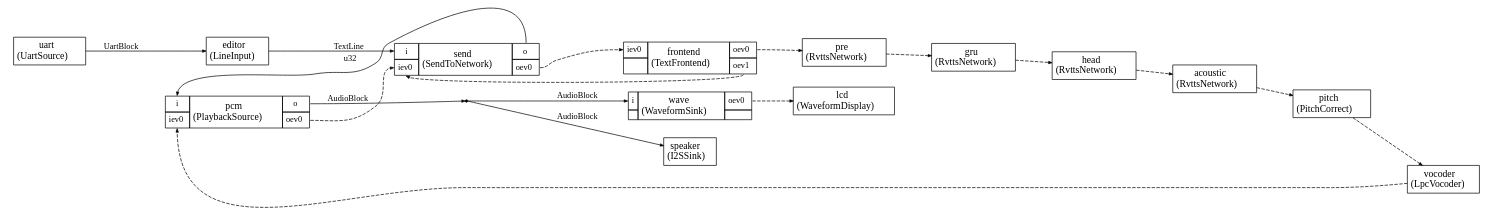
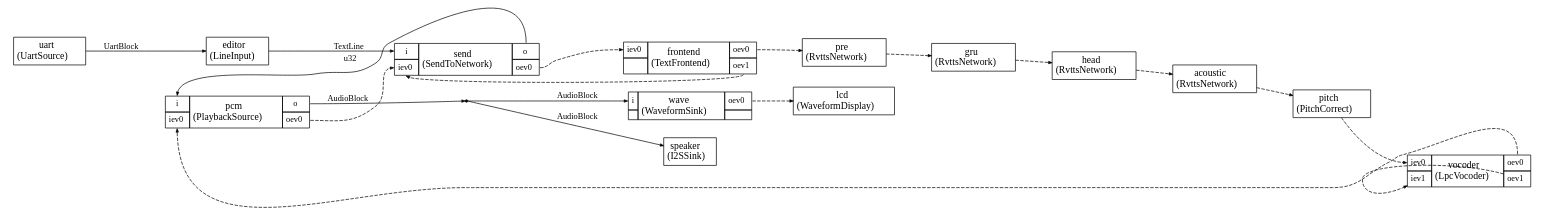
Before and after one commit to christophe0606/EthosCatalog: the diagram in projects/rvtts_lpc/generated/app.dot, drawn with Graphviz. The commit also changed 45 other files, not shown here.

```diff
--- a/projects/rvtts_lpc/generated/app.dot
+++ b/projects/rvtts_lpc/generated/app.dot
@@ -140,11 +140,20 @@
   </TR>
 </TABLE>>];
 
+
 vocoder [label=<
 <TABLE color="black" bgcolor="none" BORDER="0" CELLBORDER="1" CELLSPACING="0" CELLPADDING="4">
   <TR>
-    <TD ALIGN="CENTER" PORT="i"><FONT COLOR="black" POINT-SIZE="14.0">vocoder<BR/>(LpcVocoder)</FONT></TD>
+    <TD PORT="iev0"><FONT POINT-SIZE="12.0" COLOR="black">iev0</FONT></TD>
+    <TD ALIGN="CENTER" ROWSPAN="2"><FONT COLOR="black" POINT-SIZE="14.0">vocoder<BR/>(LpcVocoder)</FONT></TD>
+    <TD PORT="oev0"><FONT POINT-SIZE="12.0" COLOR="black">oev0</FONT></TD>
   </TR>
+<TR>
+<TD PORT="iev1"><FONT POINT-SIZE="12.0" COLOR="black">iev1</FONT></TD>
+
+<TD PORT="oev1"><FONT POINT-SIZE="12.0" COLOR="black">oev1</FONT></TD>
+</TR>
+
 </TABLE>>];
 
 
@@ -199,10 +208,13 @@
 acoustic:i -> pitch:i [style="dashed",color="black",fontsize="12.0",fontcolor="black",label=<>
 
 ]
-pitch:i -> vocoder:i [style="dashed",color="black",fontsize="12.0",fontcolor="black",label=<>
+pitch:i -> vocoder:iev0 [style="dashed",color="black",fontsize="12.0",fontcolor="black",label=<>
 
 ]
-vocoder:i -> pcm:iev0 [style="dashed",color="black",fontsize="12.0",fontcolor="black",label=<>
+vocoder:oev0 -> pcm:iev0 [style="dashed",color="black",fontsize="12.0",fontcolor="black",label=<>
+
+]
+vocoder:oev1 -> vocoder:iev1 [style="dashed",color="black",fontsize="12.0",fontcolor="black",label=<>
 
 ]
 pcm:oev0 -> send:iev0 [style="dashed",color="black",fontsize="12.0",fontcolor="black",label=<>
```
